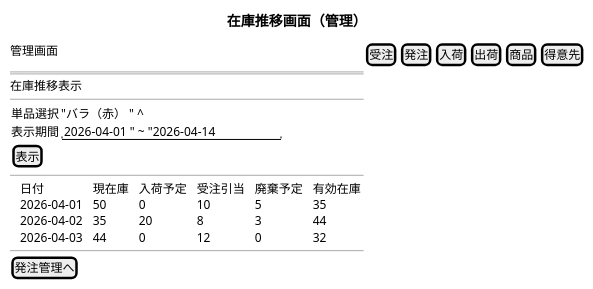
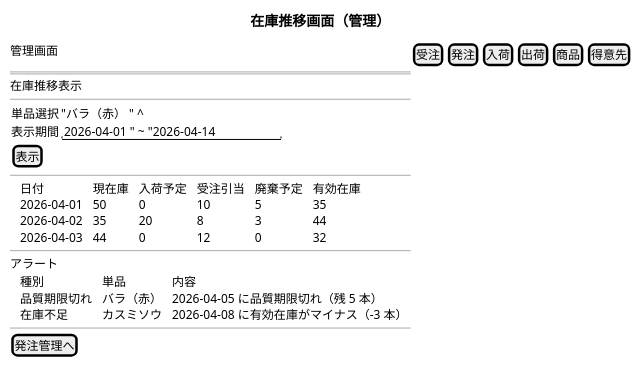
Before and after one commit to k2works/case-study-bouquet: the eighth of 17 diagrams in docs/design/ui_design.md, drawn with PlantUML. The commit also changed other lines of this file and 3 other files, not shown here.

````diff
--- a/docs/design/ui_design.md
+++ b/docs/design/ui_design.md
@@ -172,25 +202,32 @@
 ```plantuml
 @startsalt
 title 在庫推移画面（管理）
 {
   管理画面 | [受注] | [発注] | [入荷] | [出荷] | [商品] | [得意先]
   ==
   在庫推移表示
   ---
   {
     単品選択 | "バラ（赤） " ^
     表示期間 | "2026-04-01 " ~ "2026-04-14 "
     [表示]
   }
   ---
   {T
     + 日付       | 現在庫 | 入荷予定 | 受注引当 | 廃棄予定 | 有効在庫
     + 2026-04-01 | 50     | 0        | 10       | 5        | 35
     + 2026-04-02 | 35     | 20       | 8        | 3        | 44
     + 2026-04-03 | 44     | 0        | 12       | 0        | 32
   }
   ---
+  アラート
+  {T
+    + 種別         | 単品         | 内容
+    + 品質期限切れ | バラ（赤）   | 2026-04-05 に品質期限切れ（残 5 本）
+    + 在庫不足     | カスミソウ   | 2026-04-08 に有効在庫がマイナス（-3 本）
+  }
+  ---
   [発注管理へ]
 }
 @endsalt
 ```
````
